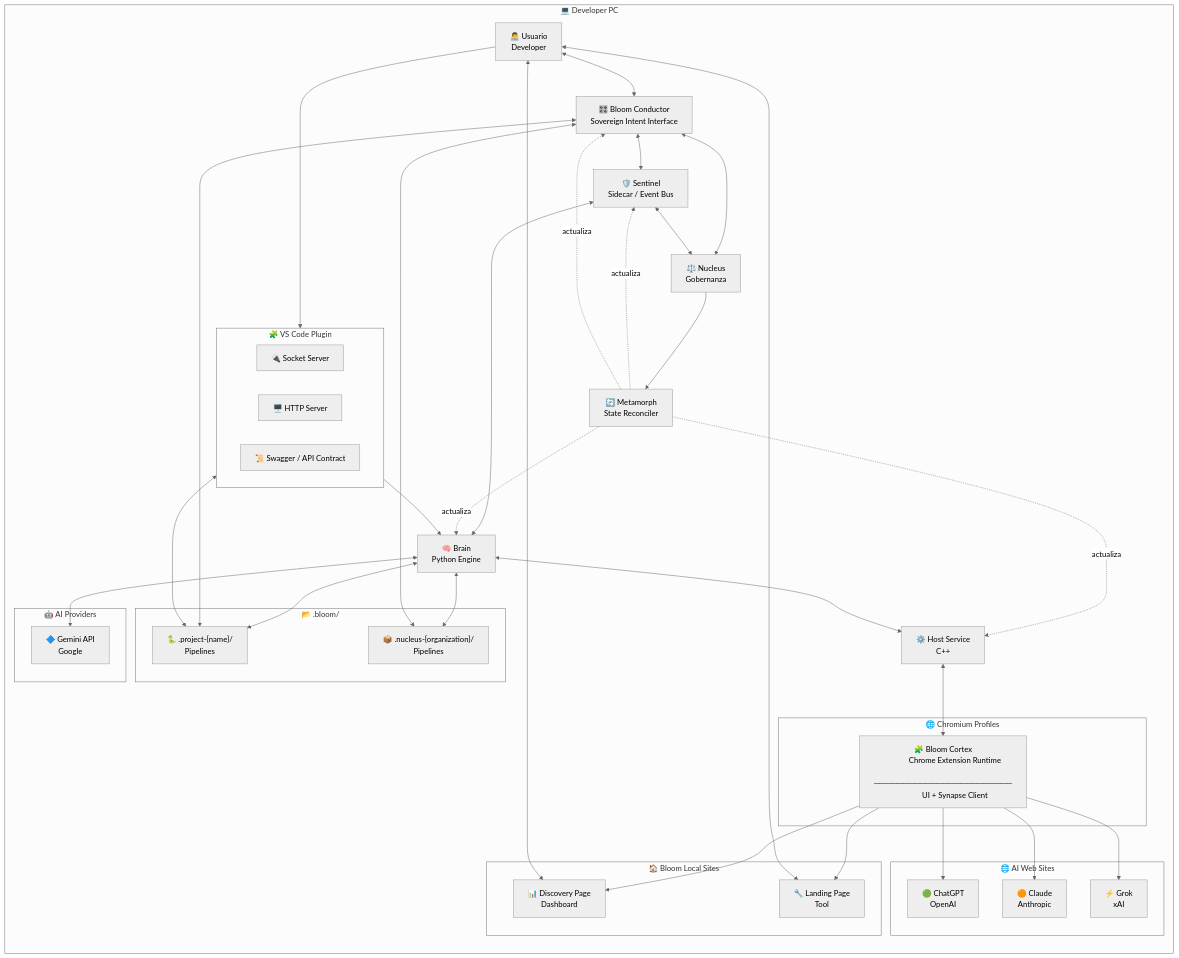
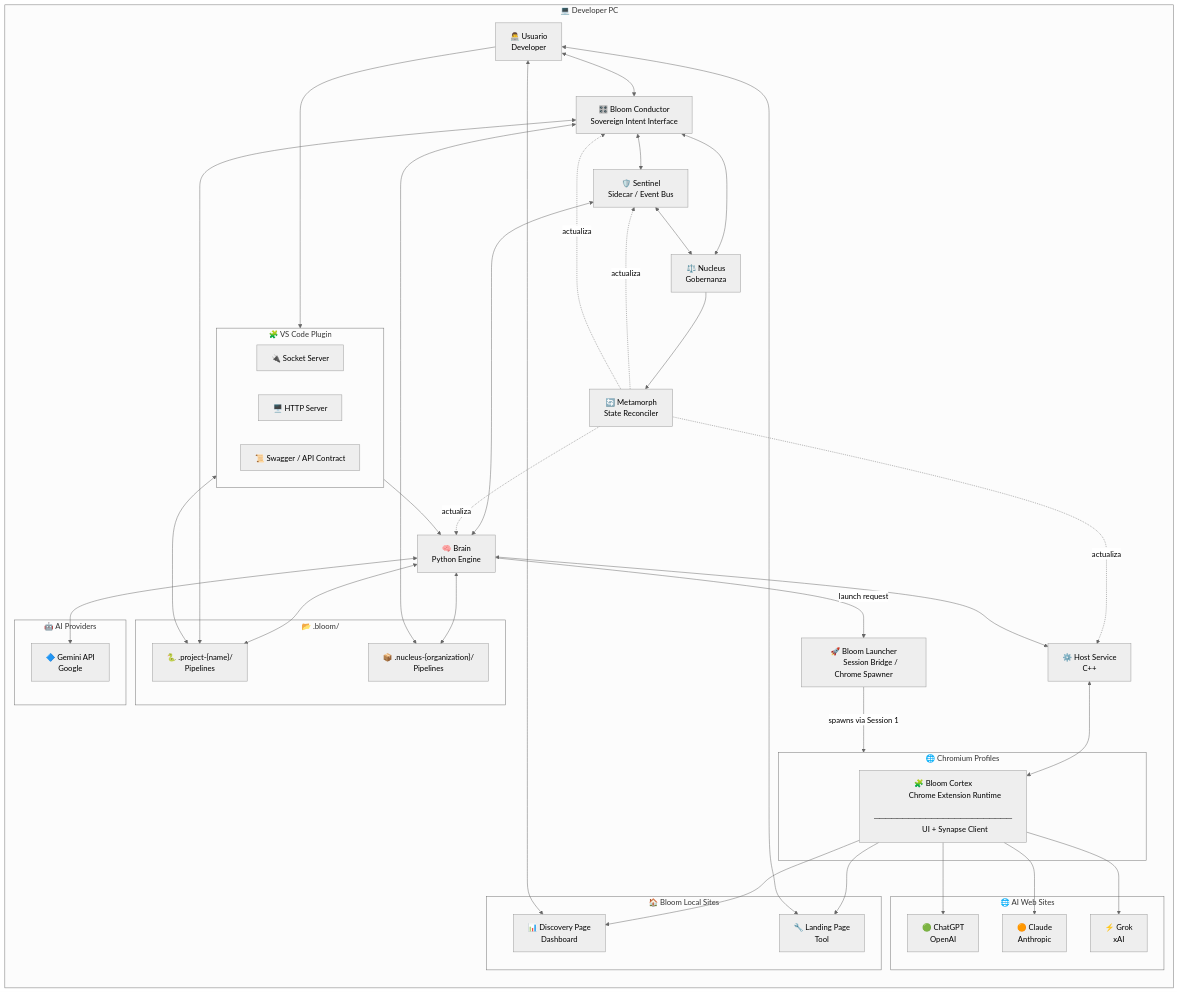
One commit to JoseVigil/bloom-development-extension changed the diagram in docs/BTIPS (Bloom Technical Intent Package_v2.0.md. Above: the diagram before and after it, drawn with Mermaid (neutral theme). The commit also changed other lines of this file and 59 other files, not shown here.

```diff
--- a/docs/BTIPS (Bloom Technical Intent Package_v2.0.md
+++ b/docs/BTIPS (Bloom Technical Intent Package_v2.0.md
@@ -51,7 +51,7 @@
             VSSwagger[📜 Swagger / API Contract]
         end
 
-        Launcher[🎛️ Bloom Conductor
+        Workspace[🎛️ Bloom Conductor
         Sovereign Intent Interface]
 
         NucleusExe[⚖️ Nucleus
@@ -66,6 +66,9 @@
         Brain[🧠 Brain
         Python Engine]
         Host[⚙️ Host Service\nC++]
+
+        BloomLauncher[🚀 Bloom Launcher
+        Session Bridge / Chrome Spawner]
 
         subgraph Chrome["🌐 Chromium Profiles"]
             Ext["🧩 Bloom Cortex
@@ -106,12 +109,12 @@
         Ext --> Landing
 
         User --> VS
-        User <--> Launcher
+        User <--> Workspace
         User <--> Discovery
         User <--> Landing
 
-        Launcher <--> Sentinel
-        Launcher <--> NucleusExe
+        Workspace <--> Sentinel
+        Workspace <--> NucleusExe
         Sentinel <--> NucleusExe
         Sentinel <--> Brain
 
@@ -119,9 +122,12 @@
         Metamorph -.actualiza.-> Brain
         Metamorph -.actualiza.-> Host
         Metamorph -.actualiza.-> Sentinel
-        Metamorph -.actualiza.-> Launcher
+        Metamorph -.actualiza.-> Workspace
 
         VS --> Brain
+
+        Brain --launch request--> BloomLauncher
+        BloomLauncher --spawns via Session 1--> Chrome
 
         Brain <--> Host
         Host <--> Ext
@@ -129,8 +135,8 @@
         Brain <--> ProjectFolder
         Brain <--> NucleusFolder
 
-        Launcher <--> ProjectFolder
-        Launcher <--> NucleusFolder
+        Workspace <--> ProjectFolder
+        Workspace <--> NucleusFolder
         VS <--> ProjectFolder
 
         Ext --> ChatGPTSite
```
